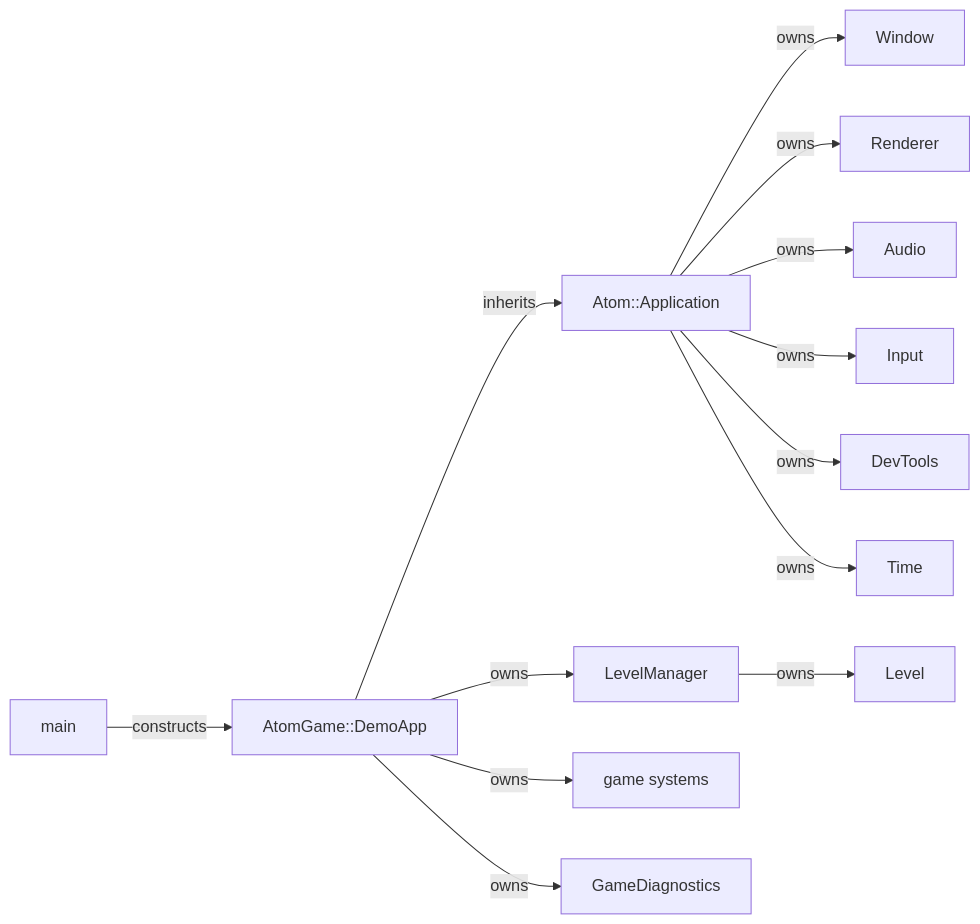
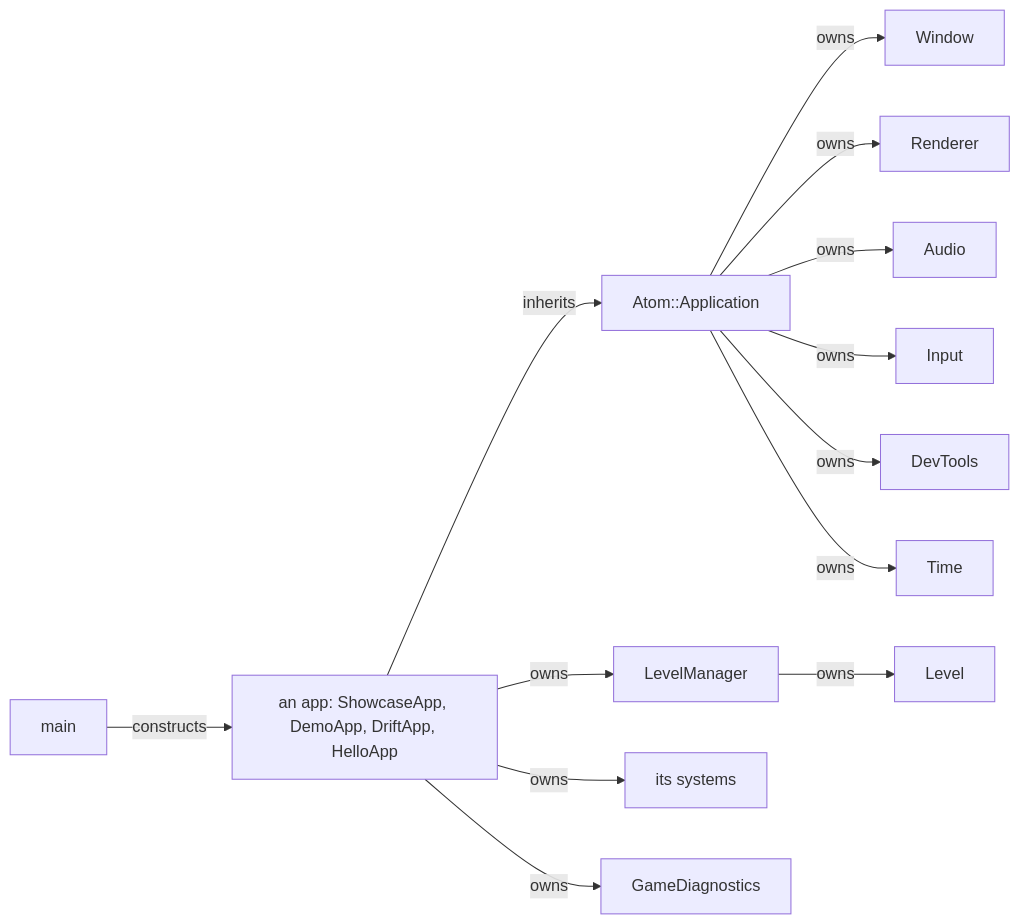
Before and after one commit to fgdoliveira/AtomEngine: the second of 6 diagrams in docs/Architecture.md, drawn with Mermaid. The commit also changed other lines of this file and 409 other files, not shown here.

````diff
--- a/docs/Architecture.md
+++ b/docs/Architecture.md
@@ -72,8 +77,8 @@
 ```mermaid
 graph LR
-    Main[main] -->|constructs| Demo[AtomGame::DemoApp]
-    Demo -->|inherits| App[Atom::Application]
-    App -->|owns| Window & Renderer & Audio & Input & DevTools & Time
-    Demo -->|owns| Levels[LevelManager] & Systems[game systems] & Diag[GameDiagnostics]
+    Main[main] -->|constructs| App[an app: ShowcaseApp, DemoApp, DriftApp, HelloApp]
+    App -->|inherits| Base[Atom::Application]
+    Base -->|owns| Window & Renderer & Audio & Input & DevTools & Time
+    App -->|owns| Levels[LevelManager] & Systems[its systems] & Diag[GameDiagnostics]
     Levels -->|owns| Level
 ```
````
